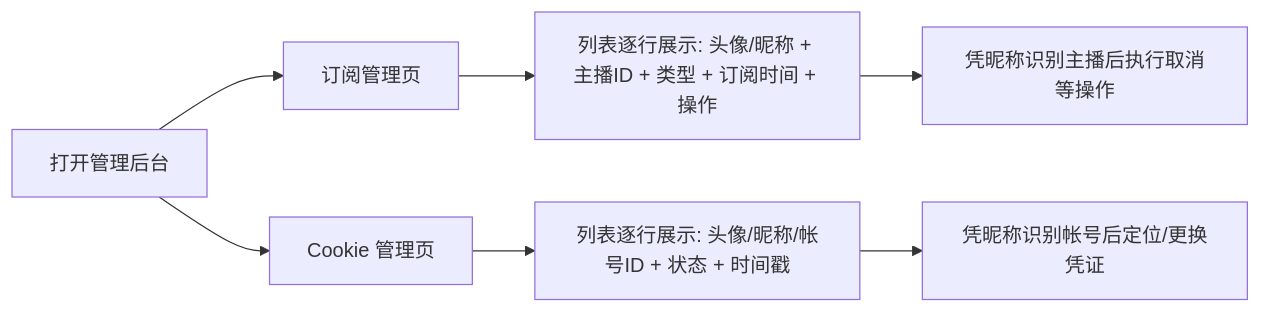
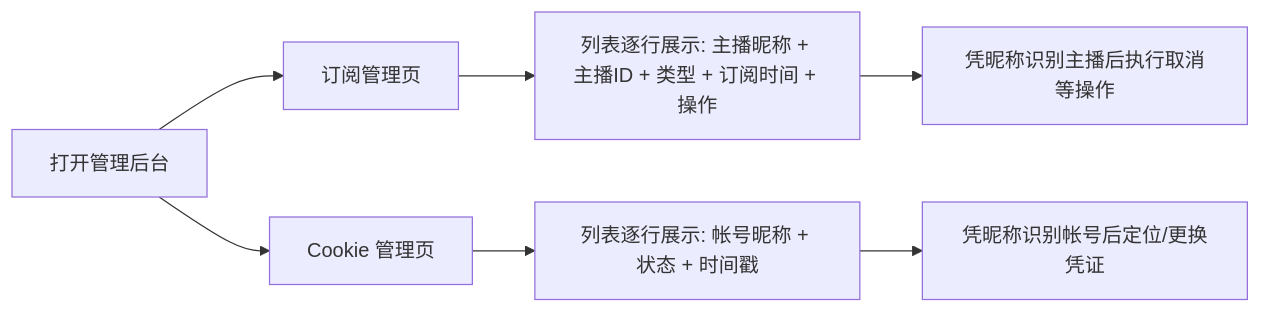
One commit to Deliay/z-vtuber changed the diagram in docs/product/draft/20260828-backstage-data-aggregation-prd.md. Above: the diagram before and after it, drawn with Mermaid. The commit also changed other lines of this file and 1 other file, not shown here.

````diff
--- a/docs/product/draft/20260828-backstage-data-aggregation-prd.md
+++ b/docs/product/draft/20260828-backstage-data-aggregation-prd.md
@@ -91,9 +91,9 @@
 ```mermaid
 flowchart LR
     A[打开管理后台] --> B[订阅管理页]
     A --> C[Cookie 管理页]
-    B --> D[列表逐行展示: 头像/昵称 + 主播ID + 类型 + 订阅时间 + 操作]
-    C --> E[列表逐行展示: 头像/昵称/帐号ID + 状态 + 时间戳]
+    B --> D[列表逐行展示: 主播昵称 + 主播ID + 类型 + 订阅时间 + 操作]
+    C --> E[列表逐行展示: 帐号昵称 + 状态 + 时间戳]
     D --> F[凭昵称识别主播后执行取消等操作]
     E --> G[凭昵称识别帐号后定位/更换凭证]
 ```
````
